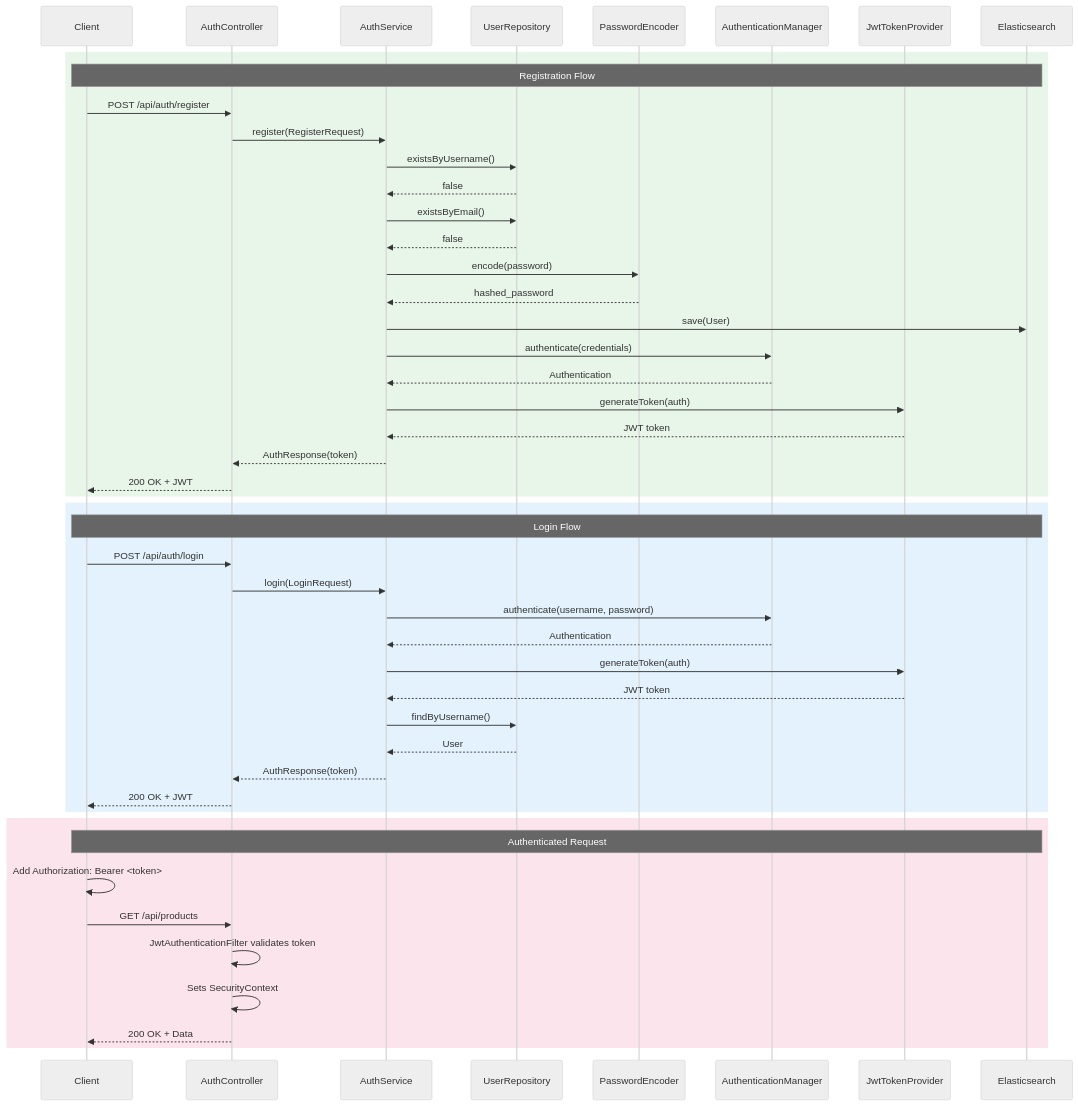
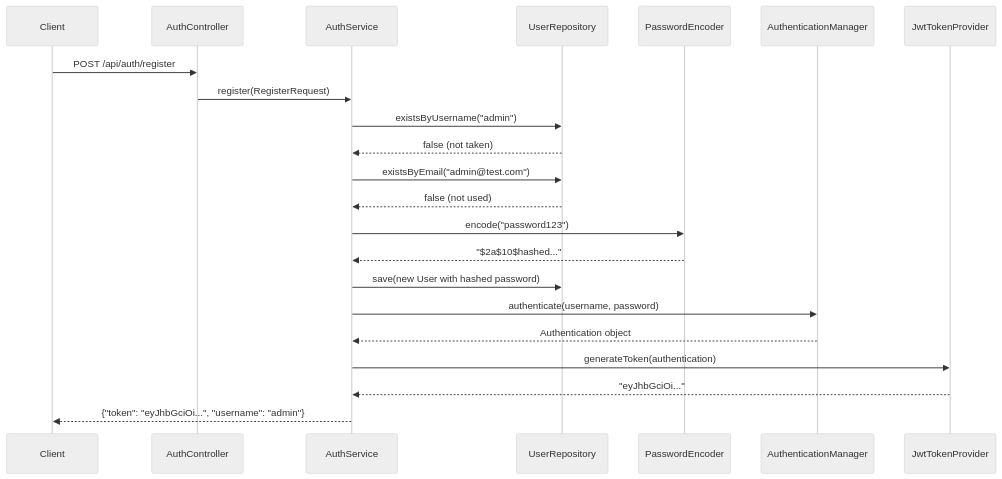
One commit to sawmikcuet19/ElasticSearch-springboot changed the sixth of 17 diagrams in README.md. Above: the diagram before and after it, drawn with Mermaid (neutral theme). The commit also changed other lines of this file, not shown here.

First line of the commit message:
docs: restructure README with step-by-step flowcharts

````diff
--- a/README.md
+++ b/README.md
@@ -229,53 +319,25 @@
 ```mermaid
 sequenceDiagram
     participant C as Client
     participant AC as AuthController
     participant AS as AuthService
     participant UR as UserRepository
     participant PE as PasswordEncoder
     participant AM as AuthenticationManager
     participant JP as JwtTokenProvider
-    participant ES as Elasticsearch
 
-    rect rgb(232, 245, 233)
-    Note over C,ES: Registration Flow
     C->>AC: POST /api/auth/register
     AC->>AS: register(RegisterRequest)
-    AS->>UR: existsByUsername()
-    UR-->>AS: false
-    AS->>UR: existsByEmail()
-    UR-->>AS: false
-    AS->>PE: encode(password)
-    PE-->>AS: hashed_password
-    AS->>ES: save(User)
-    AS->>AM: authenticate(credentials)
-    AM-->>AS: Authentication
-    AS->>JP: generateToken(auth)
-    JP-->>AS: JWT token
-    AS-->>AC: AuthResponse(token)
-    AC-->>C: 200 OK + JWT
-    end
-
-    rect rgb(227, 242, 253)
-    Note over C,ES: Login Flow
-    C->>AC: POST /api/auth/login
-    AC->>AS: login(LoginRequest)
+    AS->>UR: existsByUsername("admin")
+    UR-->>AS: false (not taken)
+    AS->>UR: existsByEmail("admin@test.com")
+    UR-->>AS: false (not used)
+    AS->>PE: encode("password123")
+    PE-->>AS: "$2a$10$hashed..."
+    AS->>UR: save(new User with hashed password)
     AS->>AM: authenticate(username, password)
-    AM-->>AS: Authentication
-    AS->>JP: generateToken(auth)
-    JP-->>AS: JWT token
-    AS->>UR: findByUsername()
-    UR-->>AS: User
-    AS-->>AC: AuthResponse(token)
-    AC-->>C: 200 OK + JWT
-    end
-
-    rect rgb(252, 228, 236)
-    Note over C,ES: Authenticated Request
-    C->>C: Add Authorization: Bearer <token>
-    C->>AC: GET /api/products
-    AC->>AC: JwtAuthenticationFilter validates token
-    AC->>AC: Sets SecurityContext
-    AC-->>C: 200 OK + Data
-    end
+    AM-->>AS: Authentication object
+    AS->>JP: generateToken(authentication)
+    JP-->>AS: "eyJhbGciOi..."
+    AS-->>C: {"token": "eyJhbGciOi...", "username": "admin"}
 ```
````
